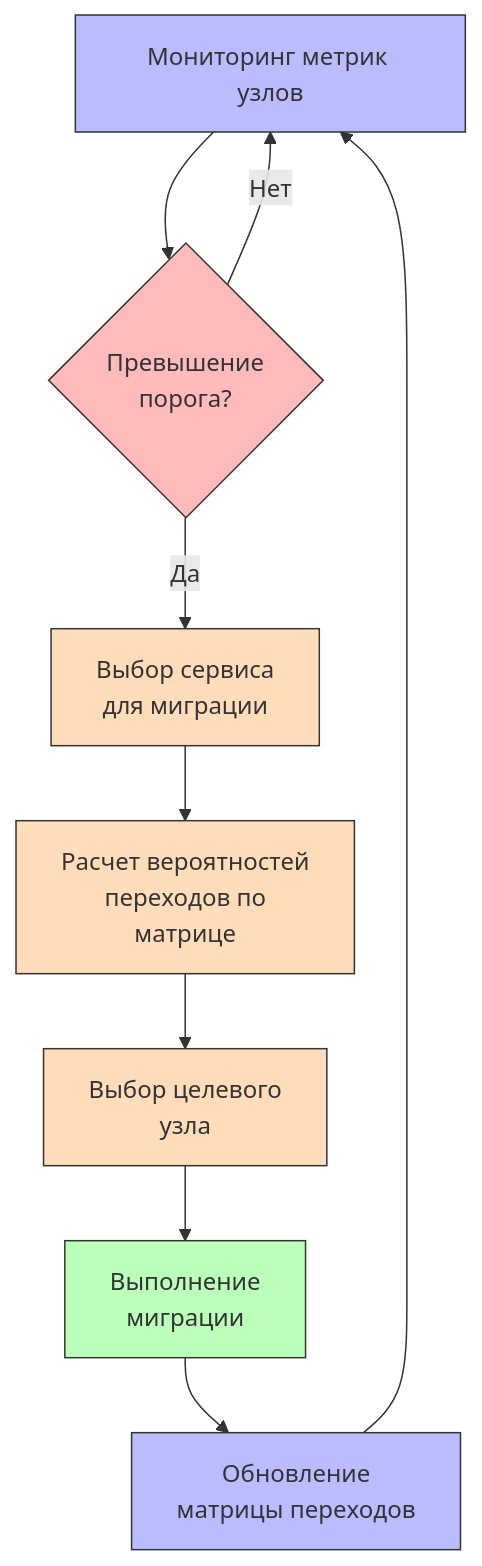
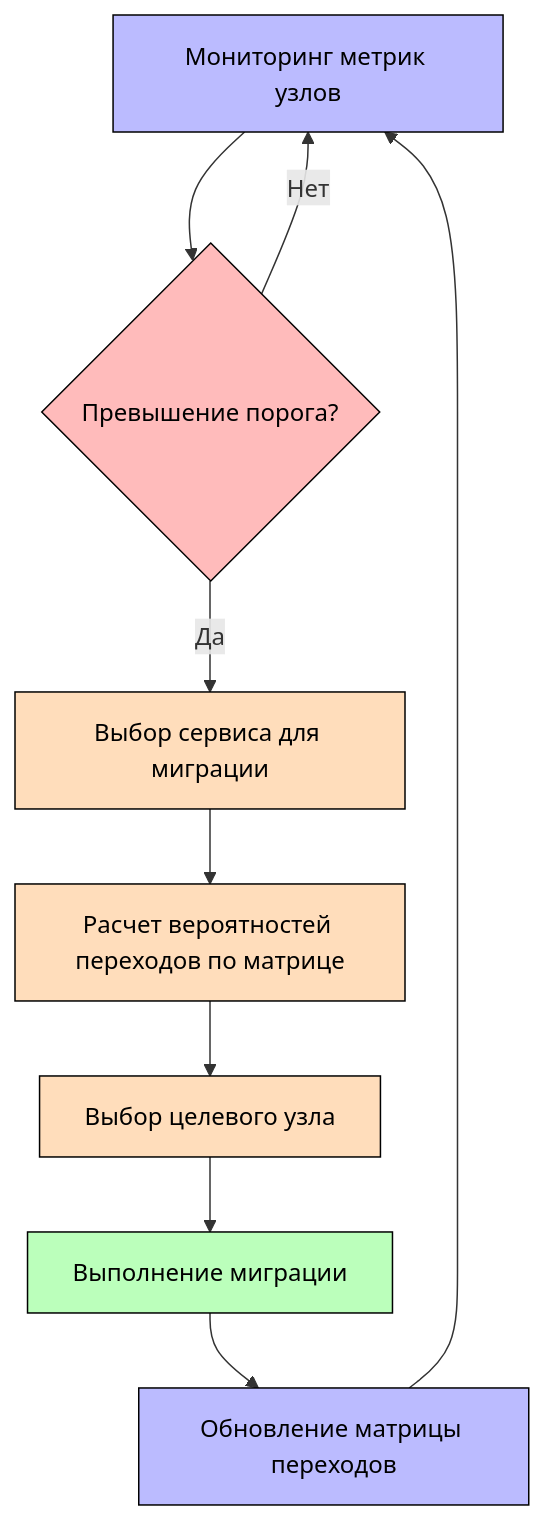
The diagram in Архитектура/threshold-model.mermaid (JerAndo4/migration_vkr), drawn with Mermaid before and after one commit. The commit also changed 42 other files, not shown here.

```diff
--- a/Архитектура/threshold-model.mermaid
+++ b/Архитектура/threshold-model.mermaid
@@ -1,17 +1,20 @@
 graph TD
-    A[Мониторинг метрик узлов] --> B{Превышение<br>порога?}
-    B -->|Нет| A
-    B -->|Да| C[Выбор сервиса<br>для миграции]
-    C --> D[Расчет вероятностей<br>переходов по<br>матрице]
-    D --> E[Выбор целевого<br>узла]
-    E --> F[Выполнение<br>миграции]
-    F --> G[Обновление<br>матрицы переходов]
+    A[Мониторинг метрик узлов] --> B{Превышение порога?}
+    B -- Нет --> A
+    B -- Да --> C[Выбор сервиса для миграции]
+    C --> D[Расчет вероятностей переходов по матрице]
+    D --> E[Выбор целевого узла]
+    E --> F[Выполнение миграции]
+    F --> G[Обновление матрицы переходов]
     G --> A
 
-    style A fill:#bbf,stroke:#333,stroke-width:1px
-    style B fill:#fbb,stroke:#333,stroke-width:1px
-    style C fill:#fdb,stroke:#333,stroke-width:1px
-    style D fill:#fdb,stroke:#333,stroke-width:1px
-    style E fill:#fdb,stroke:#333,stroke-width:1px
-    style F fill:#bfb,stroke:#333,stroke-width:1px
-    style G fill:#bbf,stroke:#333,stroke-width:1px
+    classDef default fill:white,stroke:black,stroke-width:1px,color:black;
+    classDef decision fill:#fbb,stroke:black,stroke-width:1px,color:black;
+    classDef process fill:#fdb,stroke:black,stroke-width:1px,color:black;
+    classDef data fill:#bbf,stroke:black,stroke-width:1px,color:black;
+    classDef action fill:#bfb,stroke:black,stroke-width:1px,color:black;
+    
+    class A,G data;
+    class B decision;
+    class C,D,E process;
+    class F action;
```
